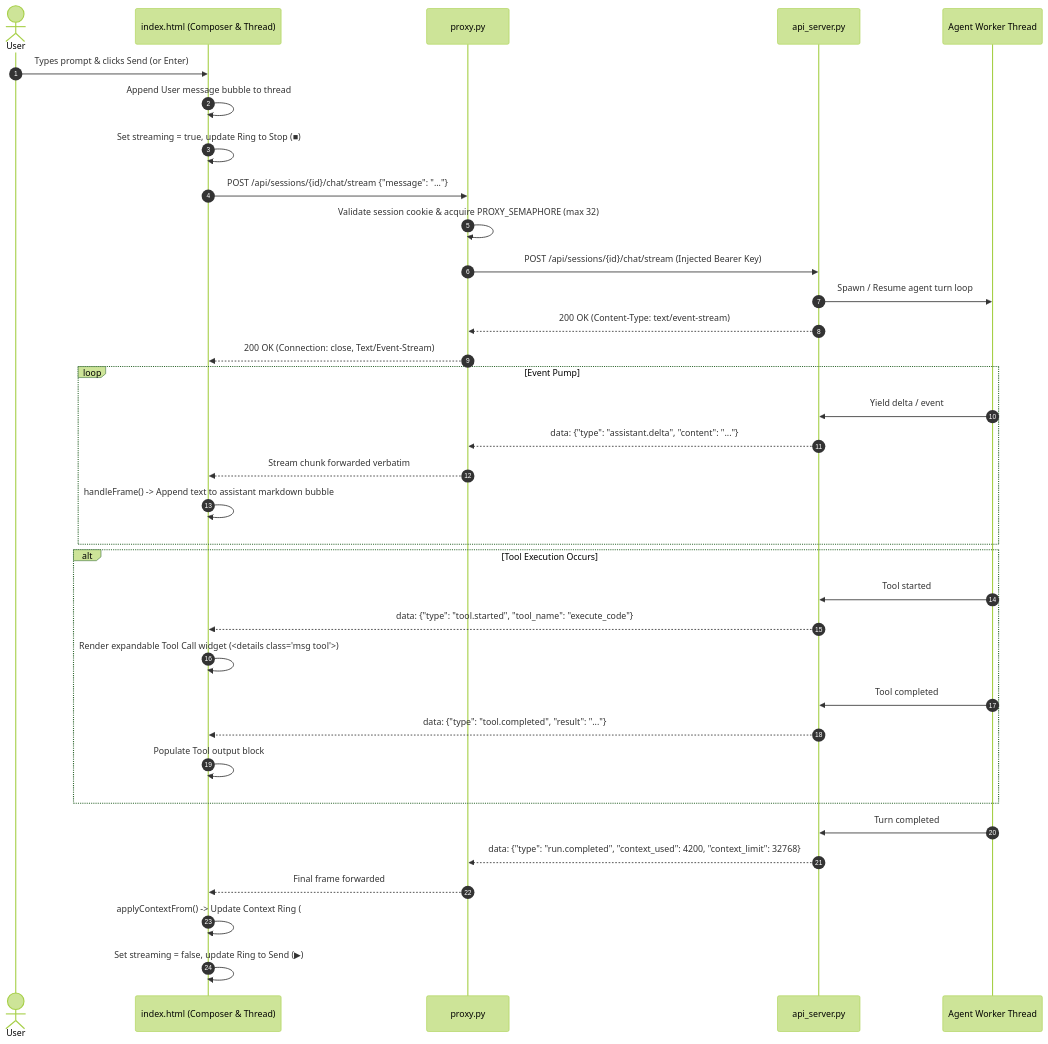
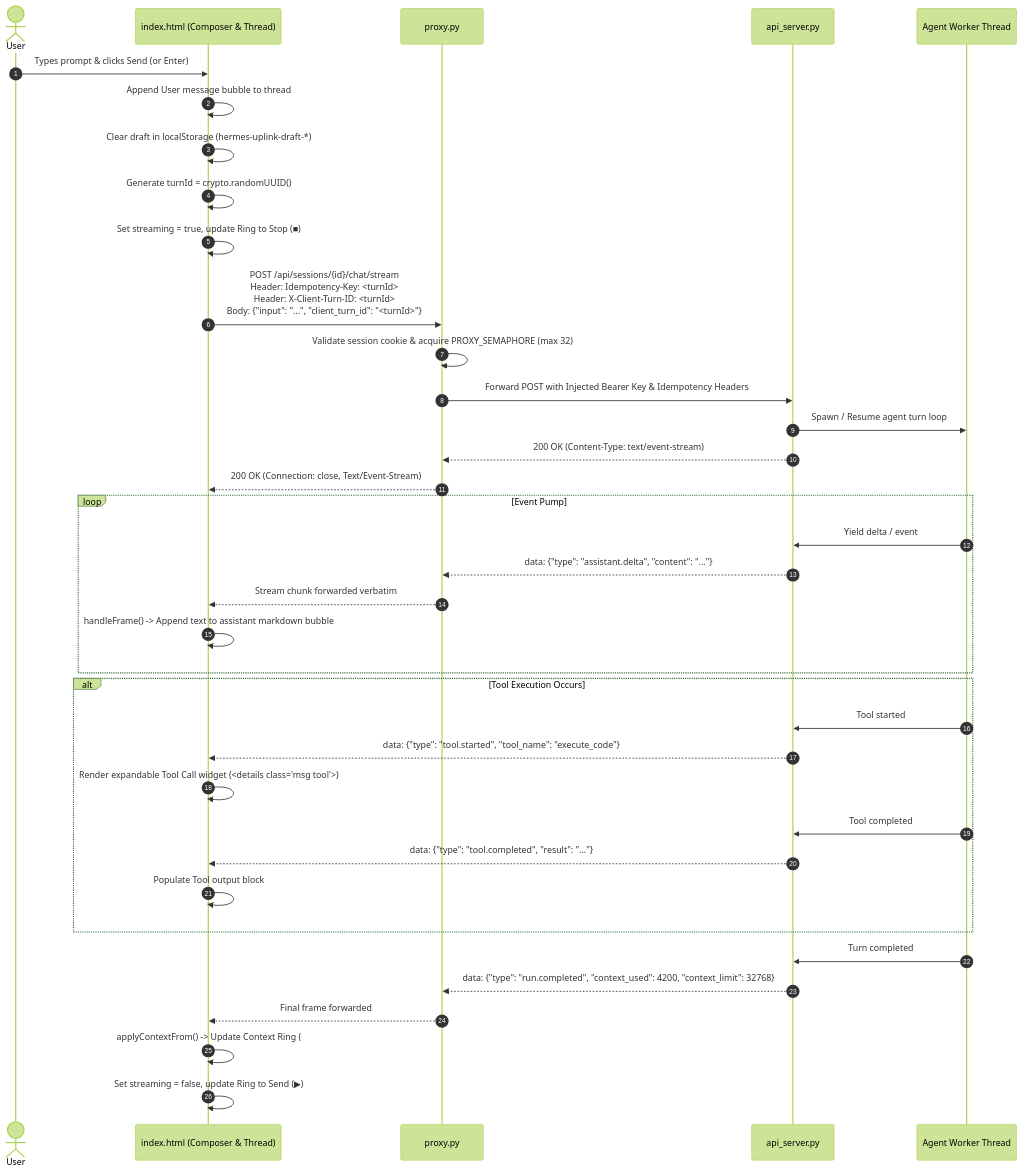
One commit to mr-september/hermes-uplink changed the fourth of 6 diagrams in ARCHITECTURE.md. Above: the diagram before and after it, drawn with Mermaid (forest theme). The commit also changed other lines of this file and 1 other file, not shown here.

First line of the commit message:
docs(arch): sync ARCHITECTURE.md for connectivity hardening + add completion report

````diff
--- a/ARCHITECTURE.md
+++ b/ARCHITECTURE.md
@@ -200,41 +206,43 @@
 ```mermaid
 sequenceDiagram
     autonumber
     actor User as User
     participant UI as index.html (Composer & Thread)
     participant Proxy as proxy.py
     participant API as api_server.py
     participant Worker as Agent Worker Thread
 
     User->>UI: Types prompt & clicks Send (or Enter)
     UI->>UI: Append User message bubble to thread
+    UI->>UI: Clear draft in localStorage (hermes-uplink-draft-*)
+    UI->>UI: Generate turnId = crypto.randomUUID()
     UI->>UI: Set streaming = true, update Ring to Stop (■)
-    UI->>Proxy: POST /api/sessions/{id}/chat/stream {"message": "..."}
+    UI->>Proxy: POST /api/sessions/{id}/chat/stream<br/>Header: Idempotency-Key: <turnId><br/>Header: X-Client-Turn-ID: <turnId><br/>Body: {"input": "...", "client_turn_id": "<turnId>"}
     Proxy->>Proxy: Validate session cookie & acquire PROXY_SEMAPHORE (max 32)
-    Proxy->>API: POST /api/sessions/{id}/chat/stream (Injected Bearer Key)
+    Proxy->>API: Forward POST with Injected Bearer Key & Idempotency Headers
     API->>Worker: Spawn / Resume agent turn loop
     API-->>Proxy: 200 OK (Content-Type: text/event-stream)
     Proxy-->>UI: 200 OK (Connection: close, Text/Event-Stream)
 
     loop Event Pump
         Worker->>API: Yield delta / event
         API-->>Proxy: data: {"type": "assistant.delta", "content": "..."}
         Proxy-->>UI: Stream chunk forwarded verbatim
         UI->>UI: handleFrame() -> Append text to assistant markdown bubble
     end
 
     alt Tool Execution Occurs
         Worker->>API: Tool started
         API-->>UI: data: {"type": "tool.started", "tool_name": "execute_code"}
         UI->>UI: Render expandable Tool Call widget (<details class="msg tool">)
         Worker->>API: Tool completed
         API-->>UI: data: {"type": "tool.completed", "result": "..."}
         UI->>UI: Populate Tool output block
     end
 
     Worker->>API: Turn completed
     API-->>Proxy: data: {"type": "run.completed", "context_used": 4200, "context_limit": 32768}
     Proxy-->>UI: Final frame forwarded
     UI->>UI: applyContextFrom() -> Update Context Ring (#ring)
     UI->>UI: Set streaming = false, update Ring to Send (▶)
 ```
````
